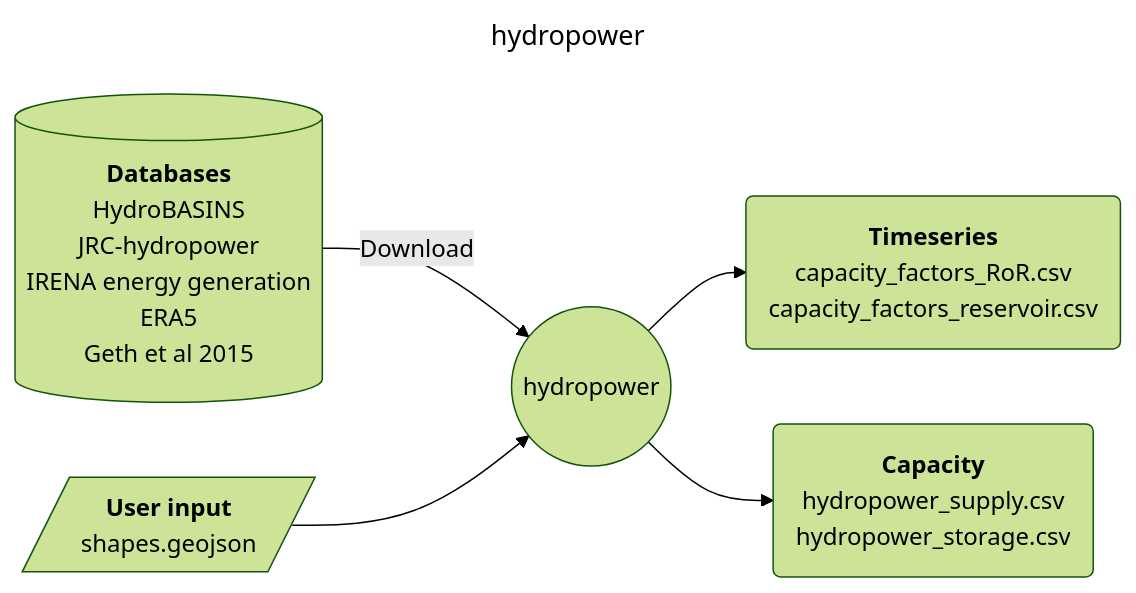
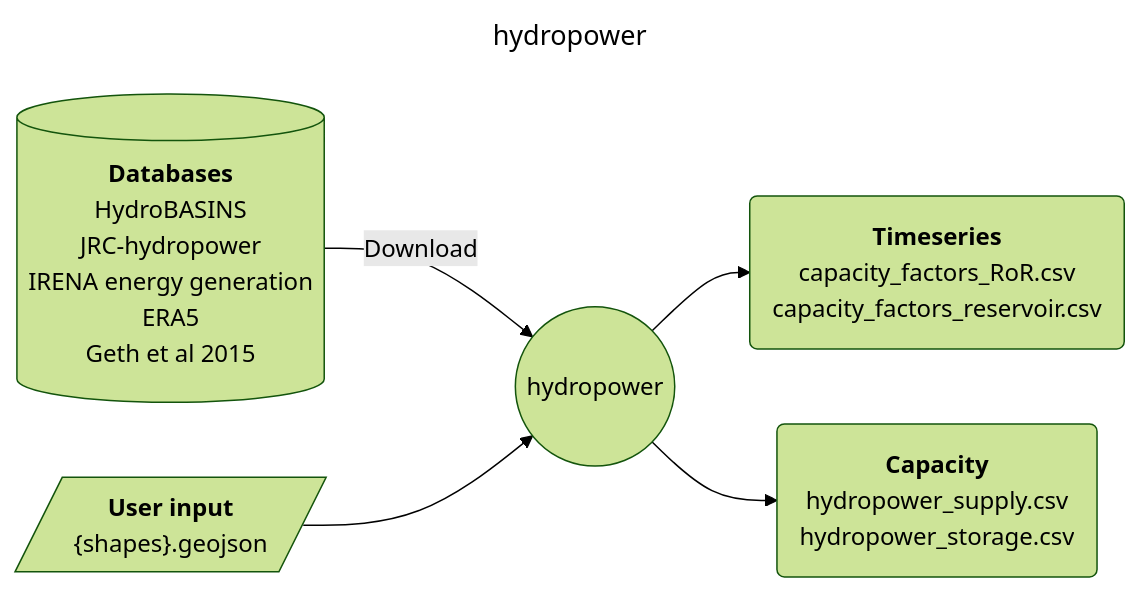
One commit to calliope-project/ec_modules changed the diagram in modules/hydropower/README.md. Above: the diagram before and after it, drawn with Mermaid (forest theme). The commit also changed other lines of this file, not shown here.

````diff
--- a/modules/hydropower/README.md
+++ b/modules/hydropower/README.md
@@ -9,24 +9,24 @@
 ```mermaid
 ---
 title: hydropower
 ---
 flowchart LR
     D1[("`**Databases**
         HydroBASINS
         JRC-hydropower
         IRENA energy generation
         ERA5
         Geth et al 2015
     `")] --> |Download| M
     C1[/"`**User input**
-        shapes.geojson
+        {shapes}.geojson
     `"/] --> M((hydropower))
     M --> O1("`**Timeseries**
         capacity_factors_RoR.csv
         capacity_factors_reservoir.csv
         `")
     M --> O2("`**Capacity**
         hydropower_supply.csv
         hydropower_storage.csv
         `")
 ```
````
